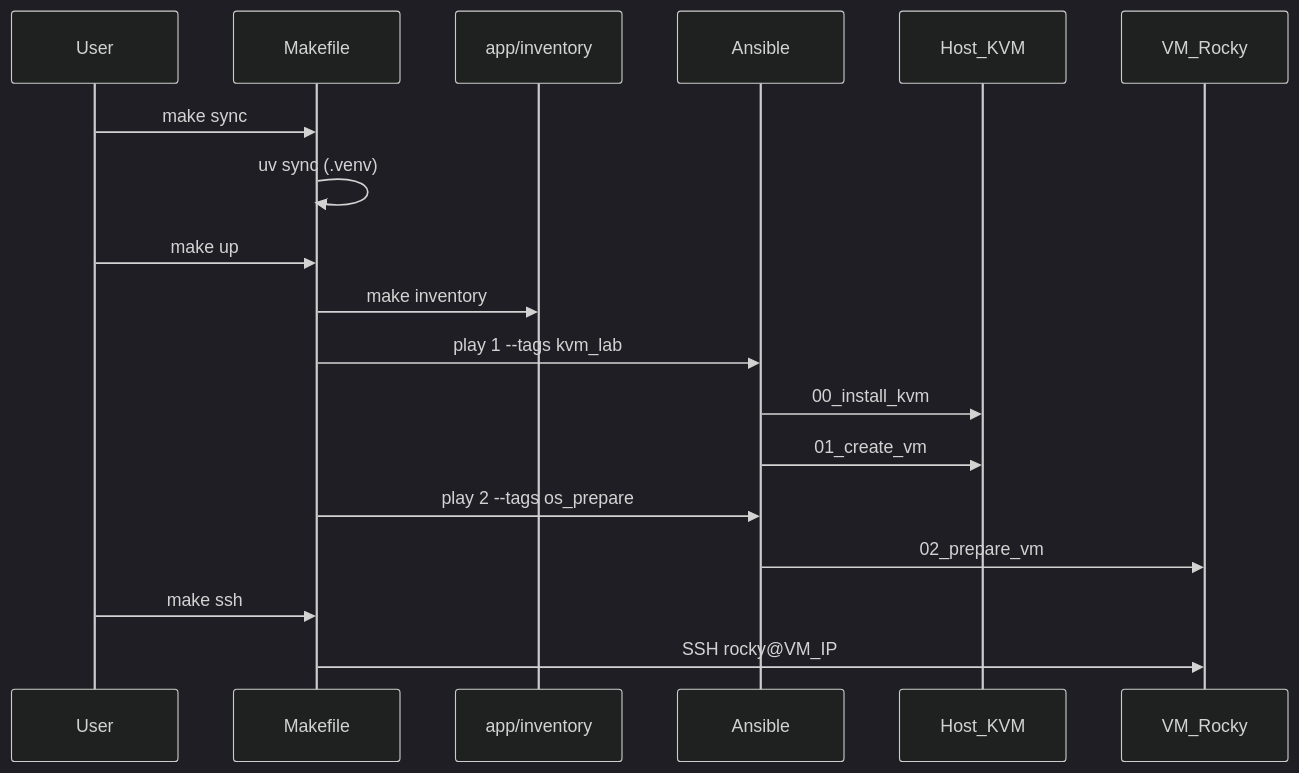
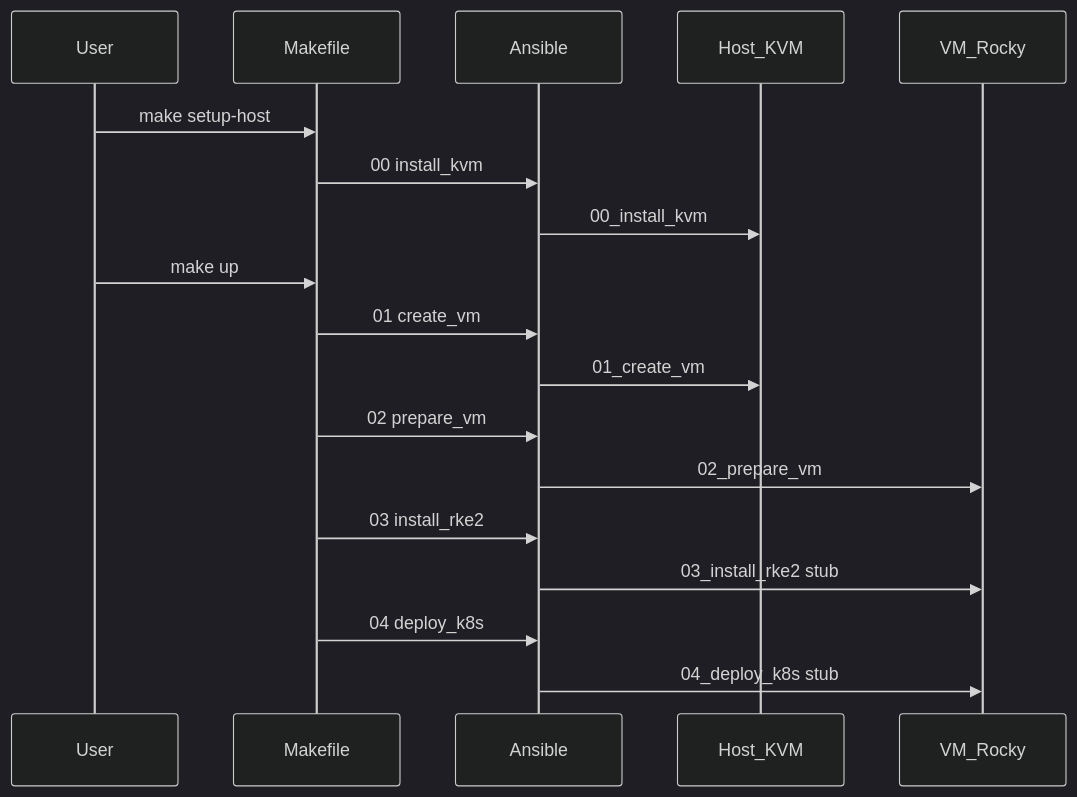
The diagram in docs/structure.md (broetec/k8s-blueprint), drawn with Mermaid (dark theme) before and after one commit. The commit also changed other lines of this file and 15 other files, not shown here.

````diff
--- a/docs/structure.md
+++ b/docs/structure.md
@@ -145,21 +149,22 @@
 ```mermaid
 sequenceDiagram
   participant User
   participant Make as Makefile
-  participant Inv as app/inventory
   participant Ansible
   participant Host as Host_KVM
   participant VM as VM_Rocky
 
-  User->>Make: make sync
-  Make->>Make: uv sync (.venv)
+  User->>Make: make setup-host
+  Make->>Ansible: 00 install_kvm
+  Ansible->>Host: 00_install_kvm
+
   User->>Make: make up
-  Make->>Inv: make inventory
-  Make->>Ansible: play 1 --tags kvm_lab
-  Ansible->>Host: 00_install_kvm
+  Make->>Ansible: 01 create_vm
   Ansible->>Host: 01_create_vm
-  Make->>Ansible: play 2 --tags os_prepare
+  Make->>Ansible: 02 prepare_vm
   Ansible->>VM: 02_prepare_vm
-  User->>Make: make ssh
-  Make->>VM: SSH rocky@VM_IP
+  Make->>Ansible: 03 install_rke2
+  Ansible->>VM: 03_install_rke2 stub
+  Make->>Ansible: 04 deploy_k8s
+  Ansible->>VM: 04_deploy_k8s stub
 ```
````
